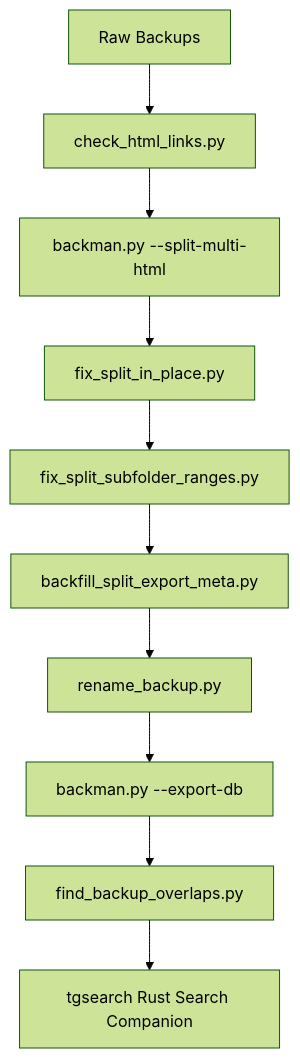
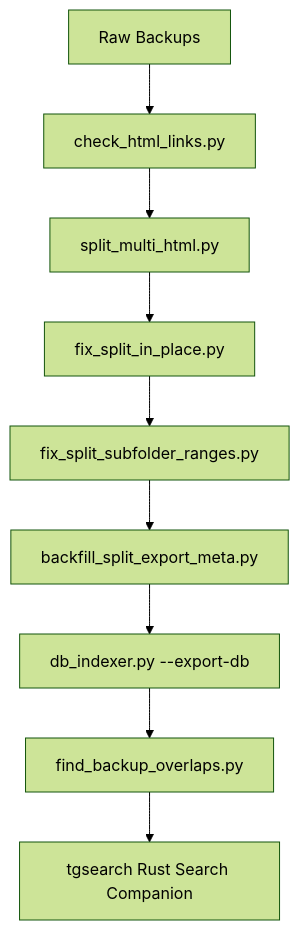
Before and after one commit to Terrydaktal/tgbackman: the diagram in README.md, drawn with Mermaid (forest theme). The commit also changed other lines of this file and 12 other files, not shown here.

````diff
--- a/README.md
+++ b/README.md
@@ -144,12 +137,11 @@
 ```mermaid
 graph TD
     A[Raw Backups] --> B[check_html_links.py]
-    B --> C[backman.py --split-multi-html]
+    B --> C[split_multi_html.py]
     C --> D[fix_split_in_place.py]
     D --> E[fix_split_subfolder_ranges.py]
     E --> F[backfill_split_export_meta.py]
-    F --> G[rename_backup.py]
-    G --> H[backman.py --export-db]
+    F --> H[db_indexer.py --export-db]
     H --> I[find_backup_overlaps.py]
     I --> J[tgsearch Rust Search Companion]
 ```
````
